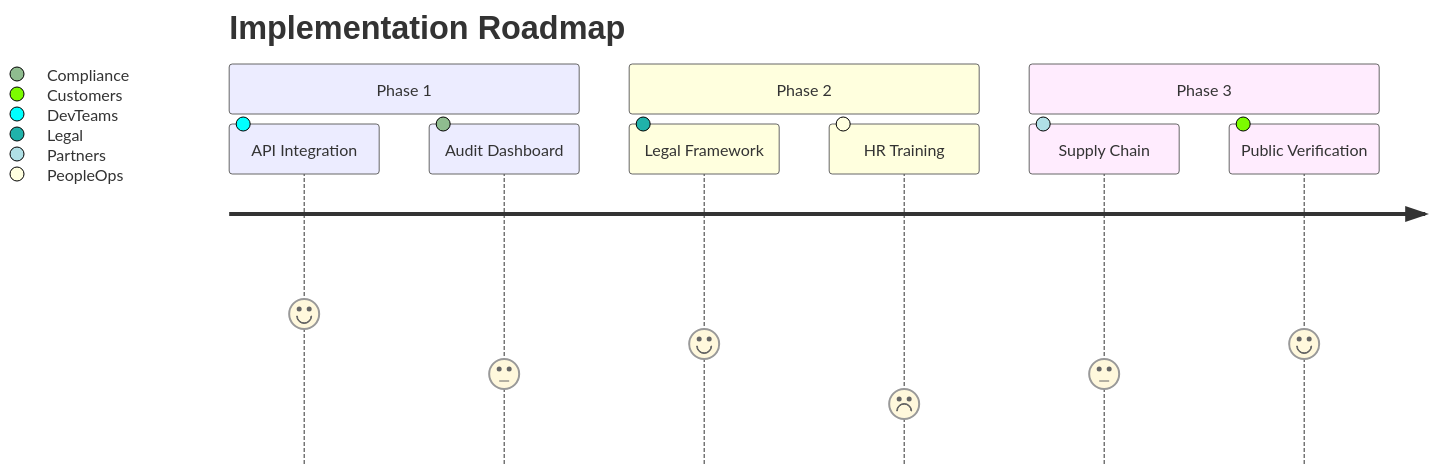
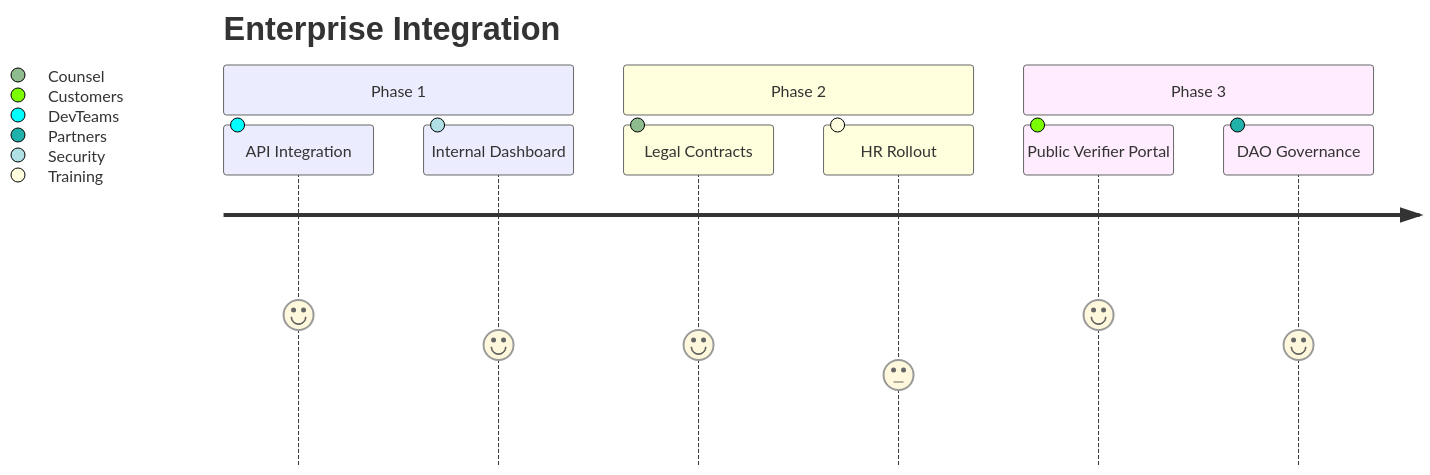
The second of 2 diagrams in README.md (jondevcodes/proof-of-prompt3), drawn with Mermaid before and after one commit. The commit also changed other lines of this file and 1 other file, not shown here.

````diff
--- a/README.md
+++ b/README.md
@@ -109,13 +123,13 @@
 ```mermaid
 journey
-    title Implementation Roadmap
+    title Enterprise Integration
     section Phase 1
       API Integration : 5: DevTeams
-      Audit Dashboard : 3: Compliance
+      Internal Dashboard : 4: Security
     section Phase 2
-      Legal Framework : 4: Legal
-      HR Training : 2: PeopleOps
+      Legal Contracts : 4: Counsel
+      HR Rollout : 3: Training
     section Phase 3
-      Supply Chain : 3: Partners
-      Public Verification : 4: Customers
+      Public Verifier Portal : 5: Customers
+      DAO Governance : 4: Partners
 ```
````
